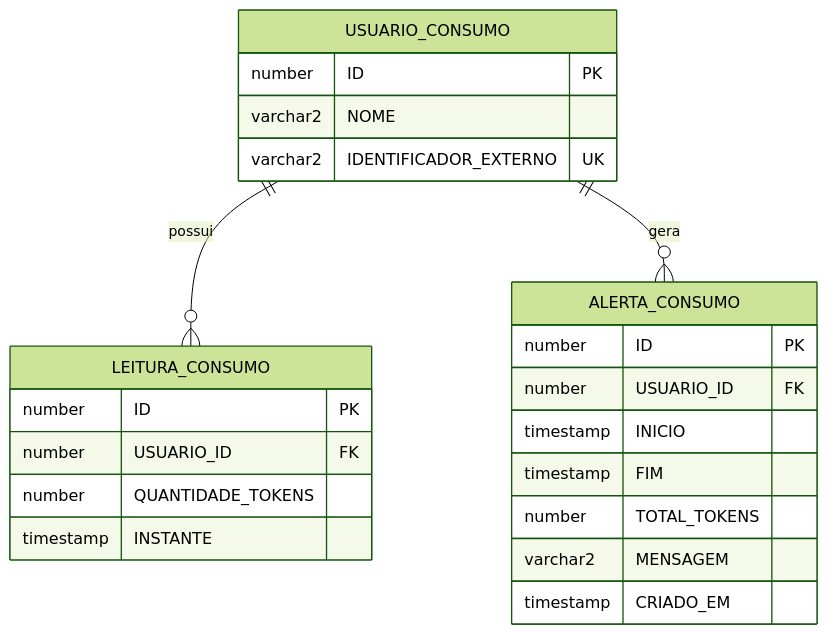
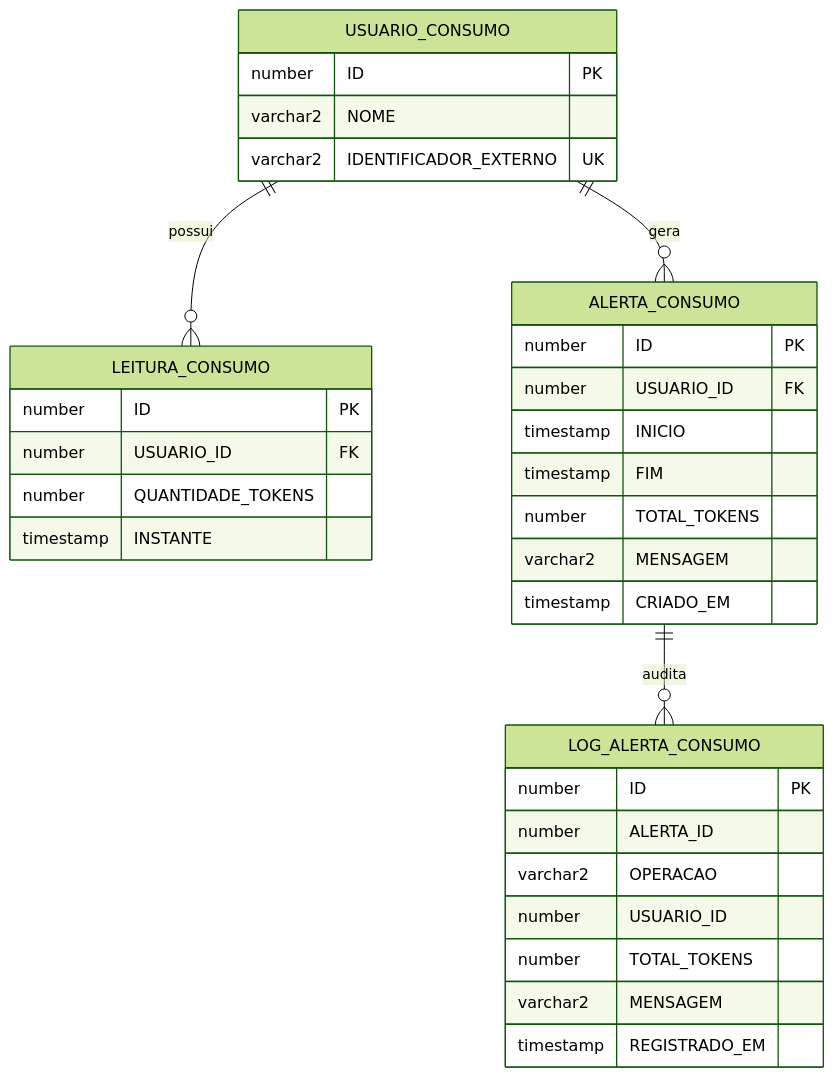
Before and after one commit to Kauan-Faria/Conecta-Geracao: the diagram in apps/admin-api/src/main/resources/db/oracle/MODELO.md, drawn with Mermaid (forest theme). The commit also changed other lines of this file and 53 other files, not shown here.

````diff
--- a/apps/admin-api/src/main/resources/db/oracle/MODELO.md
+++ b/apps/admin-api/src/main/resources/db/oracle/MODELO.md
@@ -11,28 +11,39 @@
 ```mermaid
 erDiagram
   USUARIO_CONSUMO ||--o{ LEITURA_CONSUMO : "possui"
   USUARIO_CONSUMO ||--o{ ALERTA_CONSUMO : "gera"
+  ALERTA_CONSUMO ||--o{ LOG_ALERTA_CONSUMO : "audita"
 
   USUARIO_CONSUMO {
     number ID PK
     varchar2 NOME
     varchar2 IDENTIFICADOR_EXTERNO UK
   }
 
   LEITURA_CONSUMO {
     number ID PK
     number USUARIO_ID FK
     number QUANTIDADE_TOKENS
     timestamp INSTANTE
   }
 
   ALERTA_CONSUMO {
     number ID PK
     number USUARIO_ID FK
     timestamp INICIO
     timestamp FIM
     number TOTAL_TOKENS
     varchar2 MENSAGEM
     timestamp CRIADO_EM
   }
+
+  LOG_ALERTA_CONSUMO {
+    number ID PK
+    number ALERTA_ID
+    varchar2 OPERACAO
+    number USUARIO_ID
+    number TOTAL_TOKENS
+    varchar2 MENSAGEM
+    timestamp REGISTRADO_EM
+  }
 ```
````
